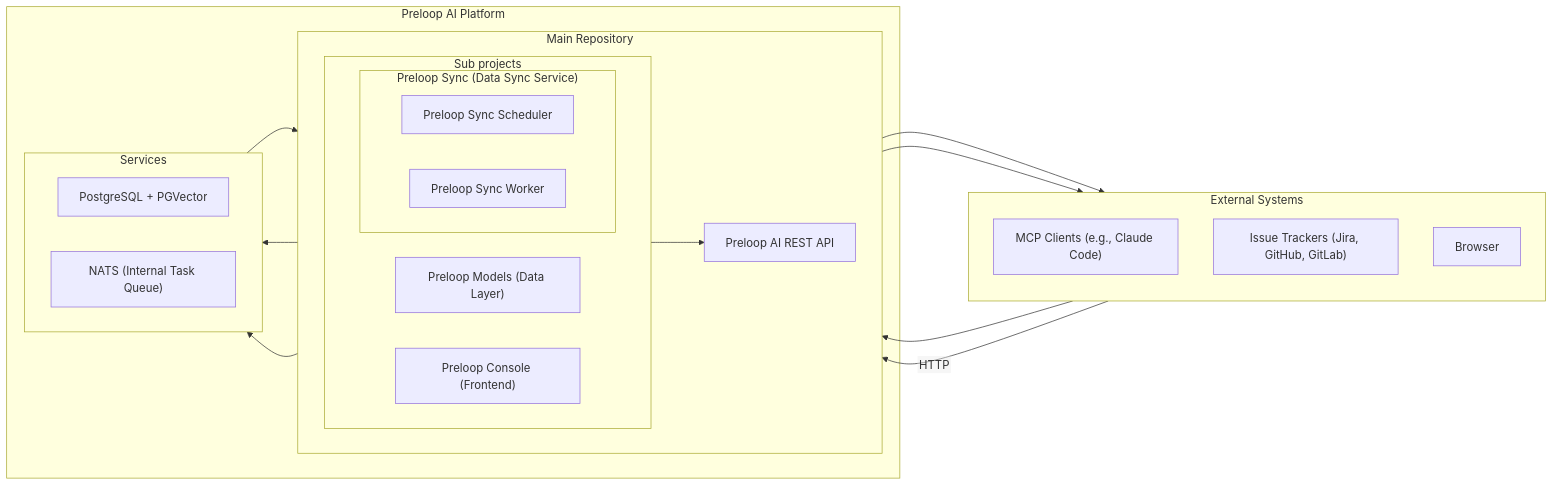
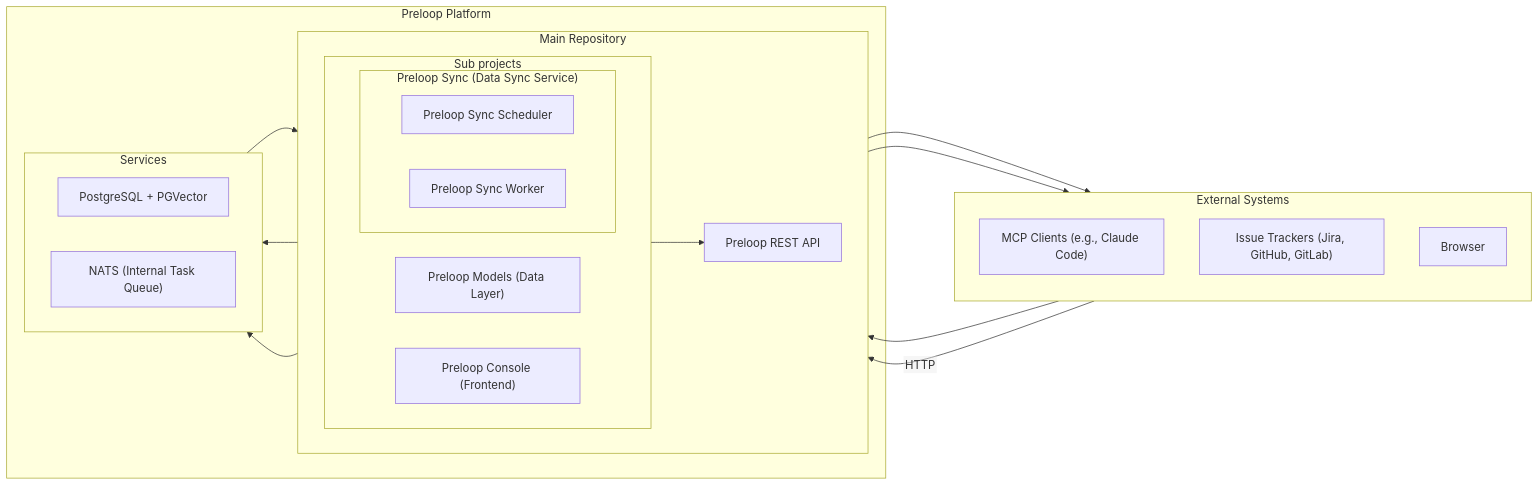
The first of 7 diagrams in ARCHITECTURE.md (GiorgosAlexakis/preloop), drawn with Mermaid before and after one commit. The commit also changed other lines of this file and 818 other files, not shown here.

````diff
--- a/ARCHITECTURE.md
+++ b/ARCHITECTURE.md
@@ -9,41 +9,41 @@
 ```mermaid
 %%{init: {"flowchart": { "htmlLabels": false}} }%%
 graph LR
     subgraph "External Systems"
         direction TB
         MCP_Clients["MCP Clients (e.g., Claude Code)"]
         Issue_Trackers["Issue Trackers (Jira, GitHub, GitLab)"]
         Browser["Browser"]
     end
-    subgraph "Preloop AI Platform"
+    subgraph "Preloop Platform"
         subgraph "Main Repository"
             direction LR
-            API["Preloop AI REST API"]
+            API["Preloop REST API"]
             subgraph "Sub projects"
                 direction LR
-                PreloopModels["Preloop Models (Data Layer)"]
+                preloop.models["Preloop Models (Data Layer)"]
                 subgraph "Preloop Sync (Data Sync Service)"
                     Scheduler["Preloop Sync Scheduler"]
                     Worker["Preloop Sync Worker"]
                 end
                 PreloopConsole["Preloop Console (Frontend)"]
             end
         end
         subgraph "Services"
             direction RL
             DB["PostgreSQL + PGVector"]
             NATS["NATS (Internal Task Queue)"]
         end
 
 
     end
     Browser --> PreloopConsole
-    PreloopModels --> DB
+    preloop.models --> DB
     Scheduler --> NATS
     NATS --> Worker
     Worker --> Issue_Trackers
     API --> Issue_Trackers
 
     MCP_Clients -- HTTP --> API
     PreloopConsole --> API
 ```
````
